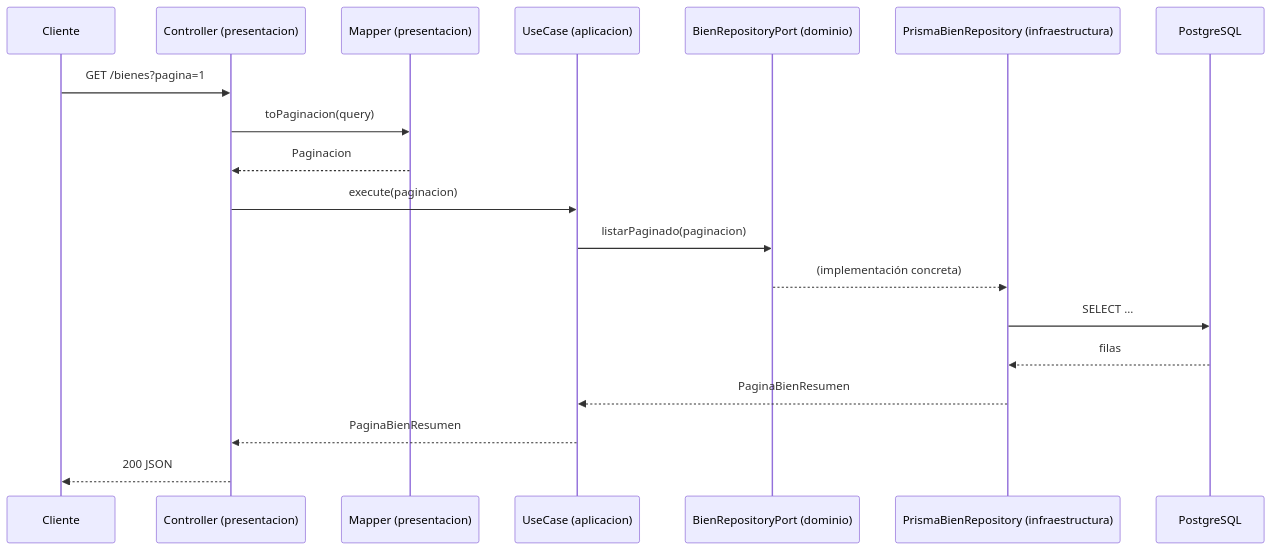
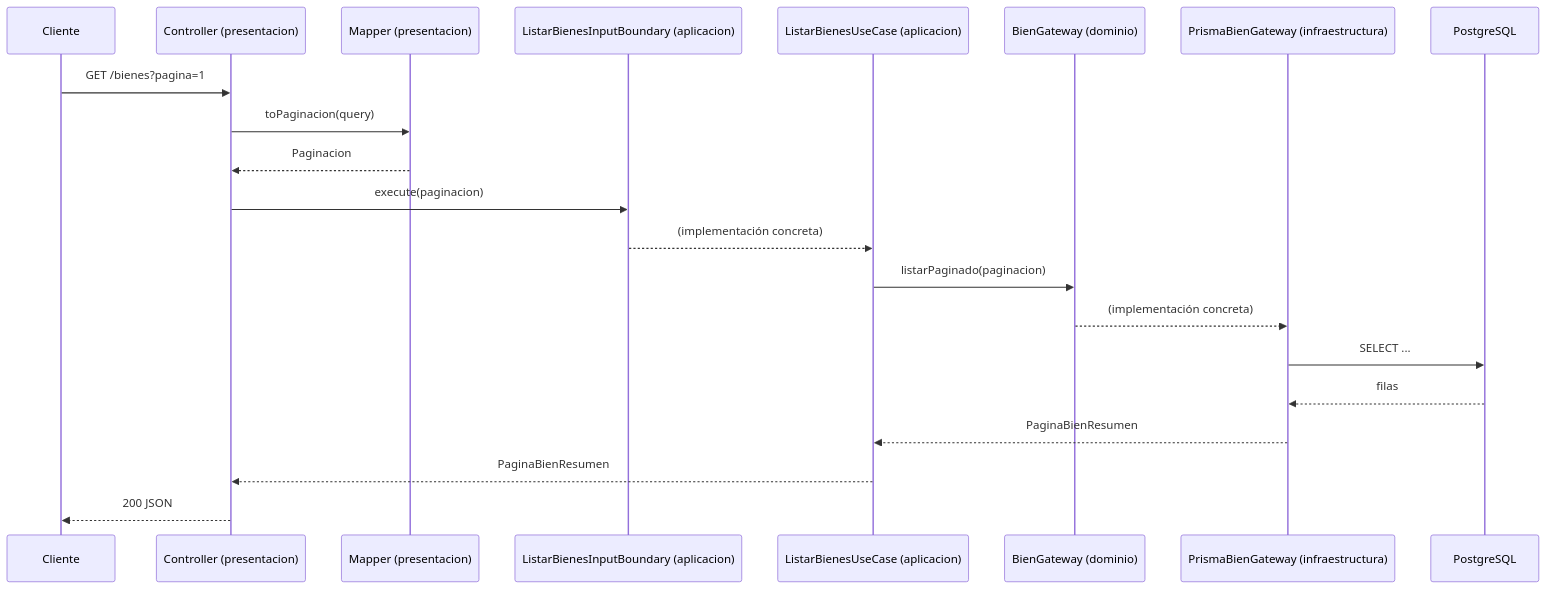
Before and after one commit to epf-21/mockup-sgaf-back: the second of 2 diagrams in docs/ARCHITECTURE.md, drawn with Mermaid. The commit also changed other lines of this file and 39 other files, not shown here.

````diff
--- a/docs/ARCHITECTURE.md
+++ b/docs/ARCHITECTURE.md
@@ -276,22 +313,24 @@
 ```mermaid
 sequenceDiagram
     participant Cliente
     participant Controller as Controller (presentacion)
     participant Mapper as Mapper (presentacion)
-    participant UseCase as UseCase (aplicacion)
-    participant Puerto as BienRepositoryPort (dominio)
-    participant Repo as PrismaBienRepository (infraestructura)
+    participant IB as ListarBienesInputBoundary (aplicacion)
+    participant UseCase as ListarBienesUseCase (aplicacion)
+    participant Gateway as BienGateway (dominio)
+    participant Repo as PrismaBienGateway (infraestructura)
     participant DB as PostgreSQL
 
     Cliente->>Controller: GET /bienes?pagina=1
     Controller->>Mapper: toPaginacion(query)
     Mapper-->>Controller: Paginacion
-    Controller->>UseCase: execute(paginacion)
-    UseCase->>Puerto: listarPaginado(paginacion)
-    Puerto-->>Repo: (implementación concreta)
+    Controller->>IB: execute(paginacion)
+    IB-->>UseCase: (implementación concreta)
+    UseCase->>Gateway: listarPaginado(paginacion)
+    Gateway-->>Repo: (implementación concreta)
     Repo->>DB: SELECT ...
     DB-->>Repo: filas
     Repo-->>UseCase: PaginaBienResumen
     UseCase-->>Controller: PaginaBienResumen
     Controller-->>Cliente: 200 JSON
 ```
````
